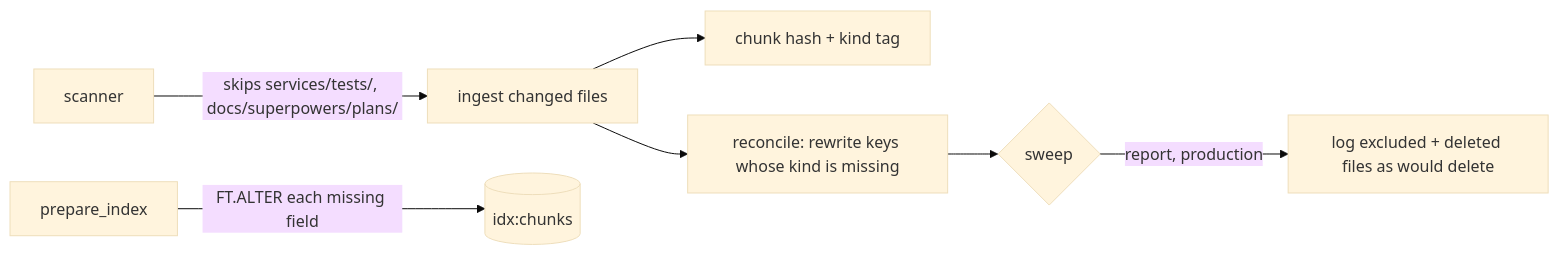
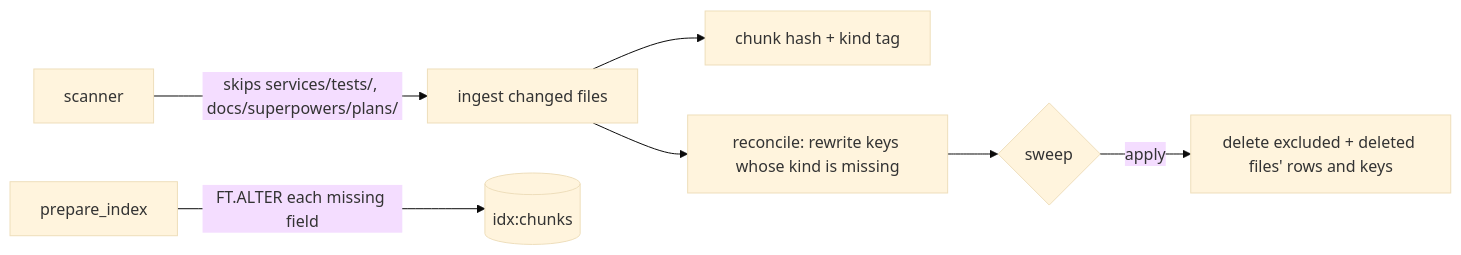
One commit to hacka-tron/basel.engineering changed the diagram in project/status/2026-10-03-rag-p6-corpus-scope.md. Above: the diagram before and after it, drawn with Mermaid (base theme). The commit also changed other lines of this file and 3 other files, not shown here.

````diff
--- a/project/status/2026-10-03-rag-p6-corpus-scope.md
+++ b/project/status/2026-10-03-rag-p6-corpus-scope.md
@@ -15,9 +15,9 @@
 ```mermaid
 flowchart LR
     S[scanner] -->|skips services/tests/, docs/superpowers/plans/| I[ingest changed files]
     I --> K[chunk hash + kind tag]
     P[prepare_index] -->|FT.ALTER each missing field| X[(idx:chunks)]
     I --> R[reconcile: rewrite keys whose kind is missing]
     R --> W{sweep}
-    W -->|report, production| D[log excluded + deleted files as would delete]
+    W -->|apply| D[delete excluded + deleted files' rows and keys]
 ```
````
